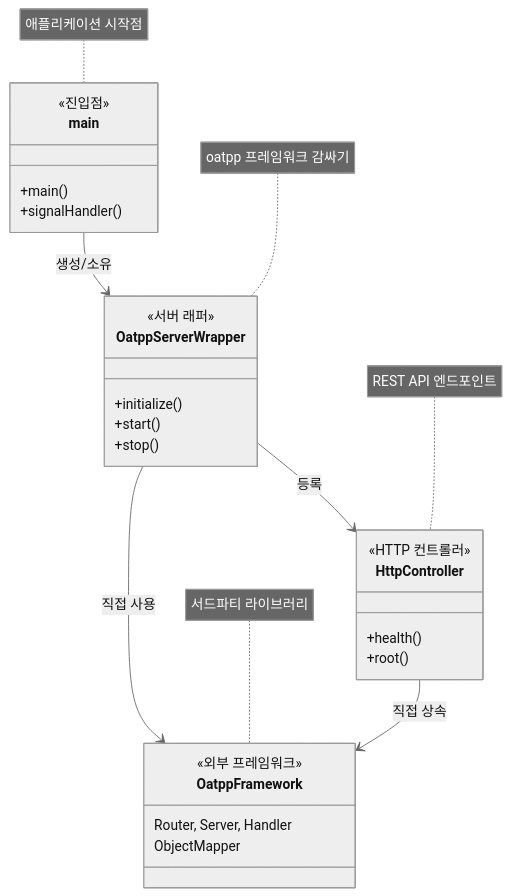
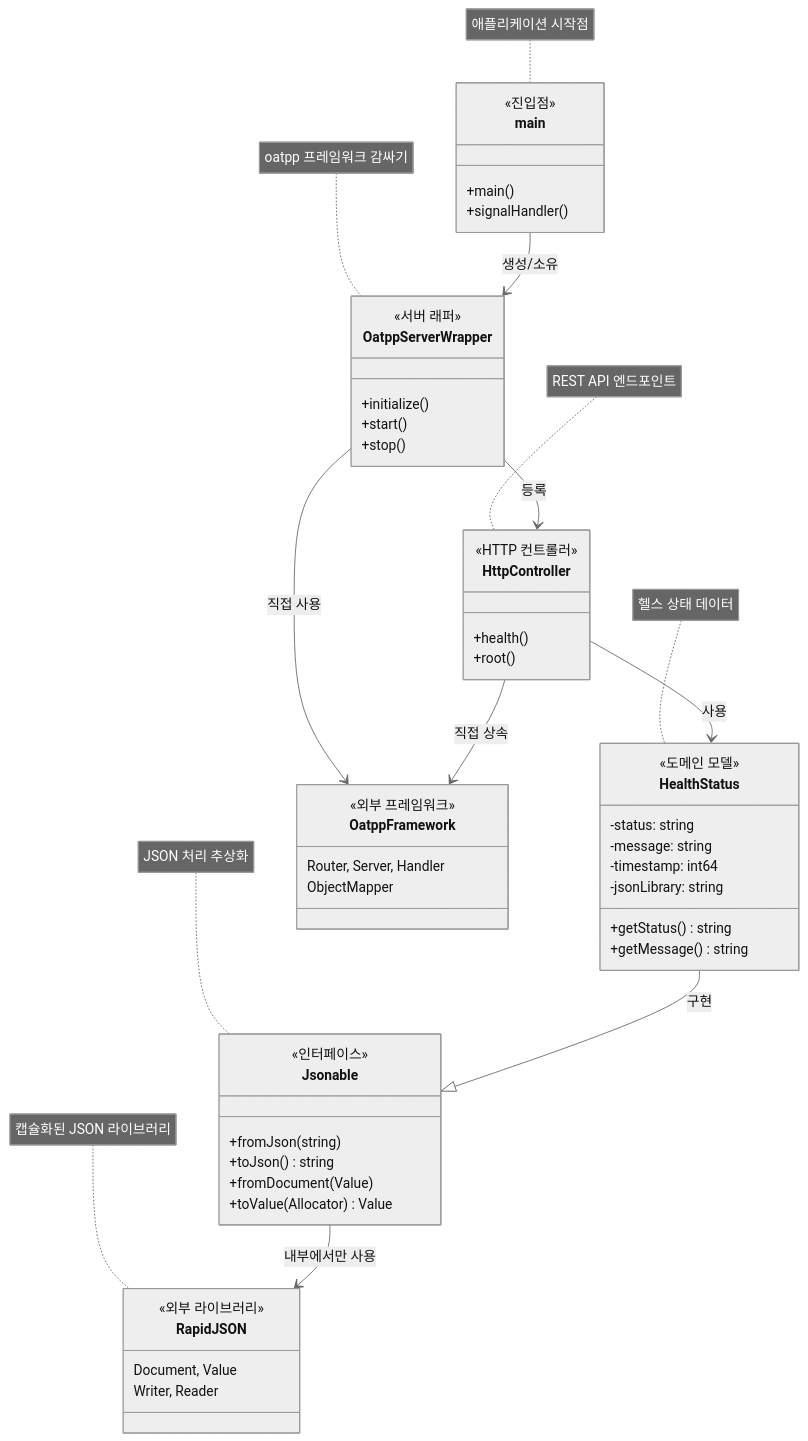
Before and after one commit to whyjp/noatpp-sse: the diagram in documents/PHASE1_ARCHITECTURE.md, drawn with Mermaid (neutral theme). The commit also changed other lines of this file, not shown here.

First line of the commit message:
문서: Phase 1.5 아키텍처 문서 업데이트

````diff
--- a/documents/PHASE1_ARCHITECTURE.md
+++ b/documents/PHASE1_ARCHITECTURE.md
@@ -9,41 +9,70 @@
 ```mermaid
 classDiagram
-    %% 1단계: 단순한 3계층 구조
+    %% Phase 1.5: Jsonable 인터페이스 패턴 포함
     
     class main {
         <<진입점>>
         +main()
         +signalHandler()
     }
 
     class OatppServerWrapper {
         <<서버 래퍼>>
         +initialize()
         +start()
         +stop()
     }
 
     class HttpController {
         <<HTTP 컨트롤러>>
         +health()
         +root()
     }
 
+    class Jsonable {
+        <<인터페이스>>
+        +fromJson(string)
+        +toJson() string
+        +fromDocument(Value)
+        +toValue(Allocator) Value
+    }
+
+    class HealthStatus {
+        <<도메인 모델>>
+        -status: string
+        -message: string
+        -timestamp: int64
+        -jsonLibrary: string
+        +getStatus() string
+        +getMessage() string
+    }
+
+    class RapidJSON {
+        <<외부 라이브러리>>
+        Document, Value
+        Writer, Reader
+    }
+
     class OatppFramework {
         <<외부 프레임워크>>
         Router, Server, Handler
         ObjectMapper
     }
 
-    %% 직접적인 의존 관계
+    %% 의존 관계
     main --> OatppServerWrapper : 생성/소유
     OatppServerWrapper --> HttpController : 등록
     OatppServerWrapper --> OatppFramework : 직접 사용
     HttpController --> OatppFramework : 직접 상속
+    HttpController --> HealthStatus : 사용
+    HealthStatus --|> Jsonable : 구현
+    Jsonable --> RapidJSON : 내부에서만 사용
 
-    %% 주석: 현재는 레이어 분리 없음
+    %% 주석
     note for main "애플리케이션 시작점"
     note for OatppServerWrapper "oatpp 프레임워크 감싸기"
     note for HttpController "REST API 엔드포인트"
-    note for OatppFramework "서드파티 라이브러리"
+    note for Jsonable "JSON 처리 추상화"
+    note for HealthStatus "헬스 상태 데이터"
+    note for RapidJSON "캡슐화된 JSON 라이브러리"
 ```
````
